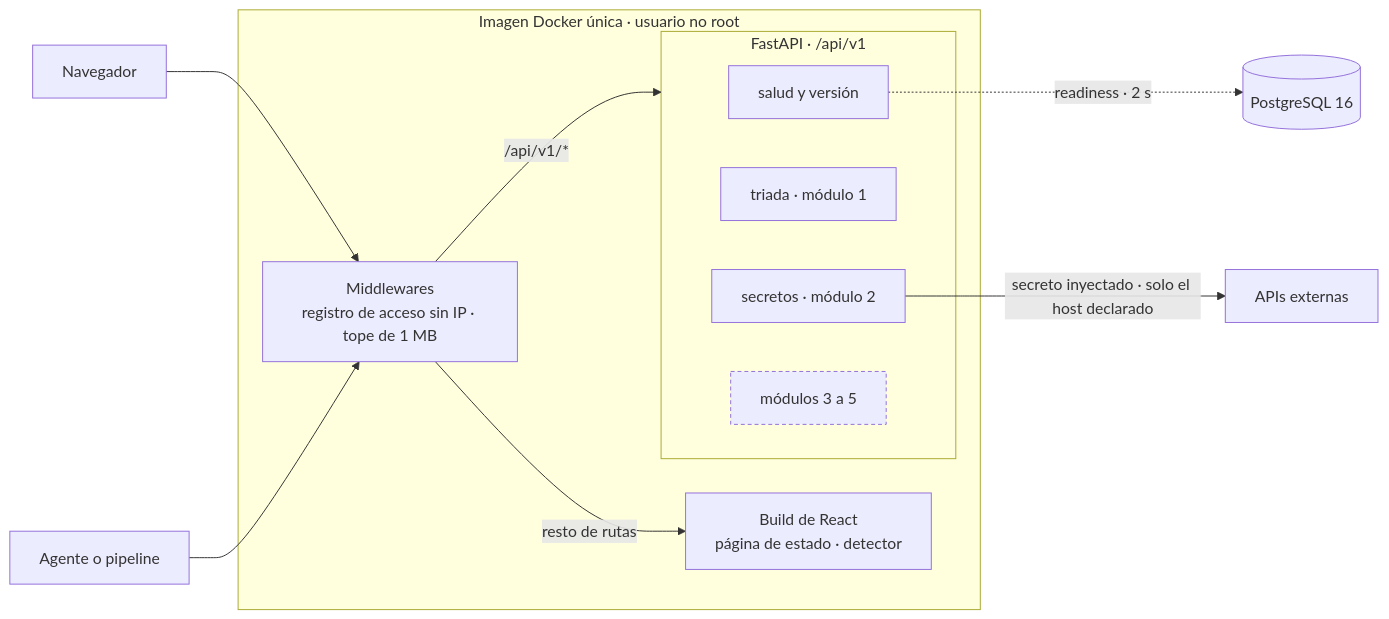
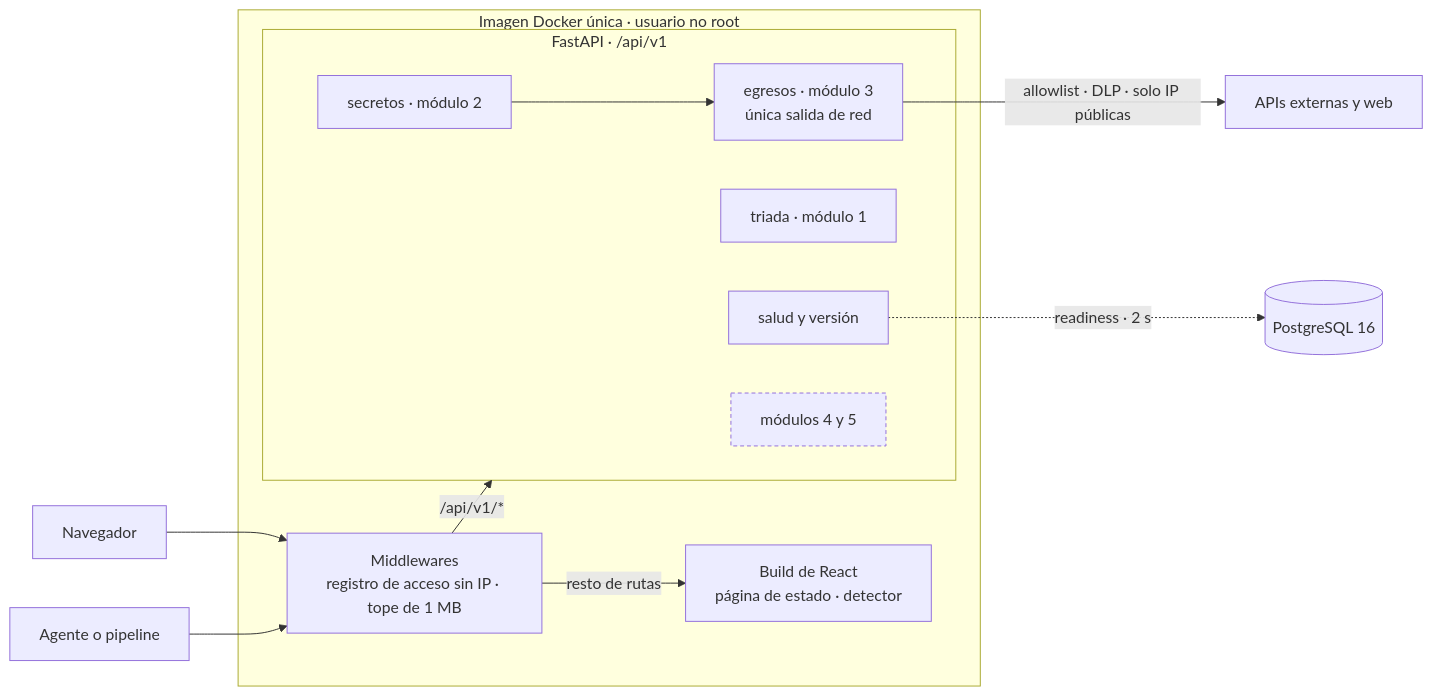
The third of 7 diagrams in README.md (Alex-mk2/AgentGuard), drawn with Mermaid before and after one commit. The commit also changed other lines of this file and 55 other files, not shown here.

````diff
--- a/README.md
+++ b/README.md
@@ -66,23 +67,25 @@
 ```mermaid
 flowchart LR
     N["Navegador"] --> MW
     C["Agente o pipeline"] --> MW
 
     subgraph IMG["Imagen Docker única · usuario no root"]
         MW["Middlewares<br/>registro de acceso sin IP · tope de 1 MB"]
         MW -->|"/api/v1/*"| API
         MW -->|"resto de rutas"| WEB["Build de React<br/>página de estado · detector"]
         subgraph API["FastAPI · /api/v1"]
             S["salud y versión"]
             T["triada · módulo 1"]
             B["secretos · módulo 2"]
-            F["módulos 3 a 5"]
+            E["egresos · módulo 3<br/>única salida de red"]
+            F["módulos 4 y 5"]
         end
     end
 
     S -.->|"readiness · 2 s"| DB[("PostgreSQL 16")]
-    B -->|"secreto inyectado · solo el host declarado"| X["APIs externas"]
+    B --> E
+    E -->|"allowlist · DLP · solo IP públicas"| X["APIs externas y web"]
 
     classDef pendiente stroke-dasharray: 4 3
     class F pendiente
 ```
````
